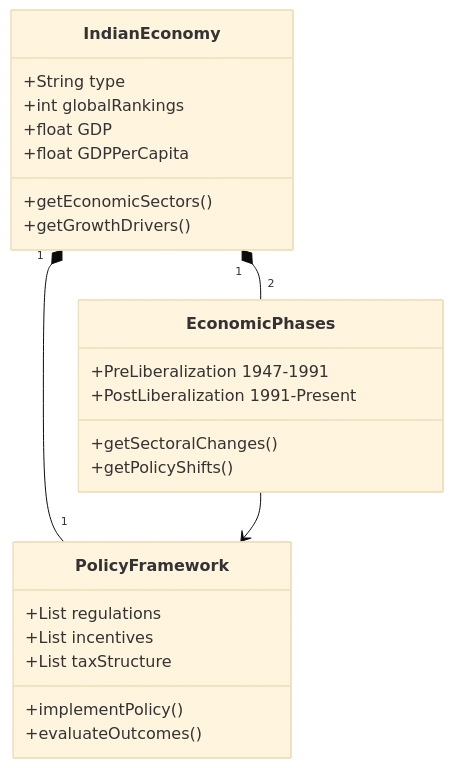
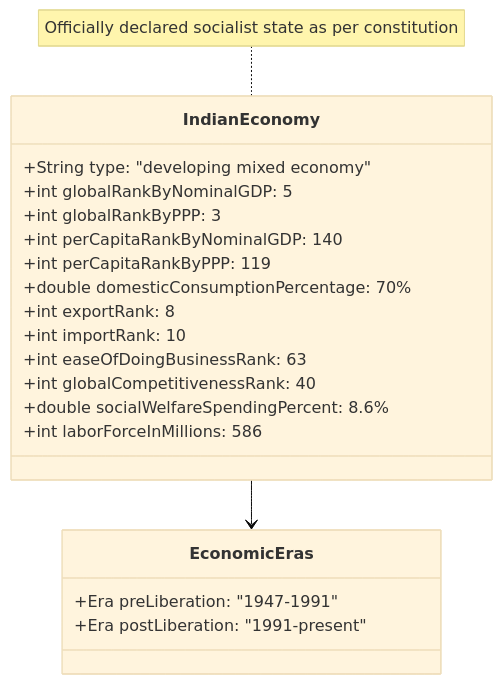
The diagram in temp-charts/mmd-images/image_3.mmd (isauravmanitripathi/Animate-Mermaid-Chart), drawn with Mermaid (base theme) before and after one commit. The commit also changed 15 other files, not shown here.

```diff
--- a/temp-charts/mmd-images/image_3.mmd
+++ b/temp-charts/mmd-images/image_3.mmd
@@ -1,28 +1,23 @@
 classDiagram
     class IndianEconomy {
-        +String type
-        +int globalRankings
-        +float GDP
-        +float GDPPerCapita
-        +getEconomicSectors()
-        +getGrowthDrivers()
+        +String type: "developing mixed economy"
+        +int globalRankByNominalGDP: 5
+        +int globalRankByPPP: 3
+        +int perCapitaRankByNominalGDP: 140
+        +int perCapitaRankByPPP: 119
+        +double domesticConsumptionPercentage: 70%
+        +int exportRank: 8
+        +int importRank: 10
+        +int easeOfDoingBusinessRank: 63
+        +int globalCompetitivenessRank: 40
+        +double socialWelfareSpendingPercent: 8.6%
+        +int laborForceInMillions: 586
     }
-    
-    class EconomicPhases {
-        +PreLiberalization 1947-1991
-        +PostLiberalization 1991-Present
-        +getSectoralChanges()
-        +getPolicyShifts()
+    note for IndianEconomy "Officially declared socialist state as per constitution"
+
+    class EconomicEras {
+        +Era preLiberation: "1947-1991"
+        +Era postLiberation: "1991-present"
     }
-    
-    class PolicyFramework {
-        +List regulations
-        +List incentives
-        +List taxStructure
-        +implementPolicy()
-        +evaluateOutcomes()
-    }
-    
-    IndianEconomy "1" *-- "2" EconomicPhases
-    IndianEconomy "1" *-- "1" PolicyFramework
-    EconomicPhases --> PolicyFramework
+
+    IndianEconomy --> EconomicEras
```
